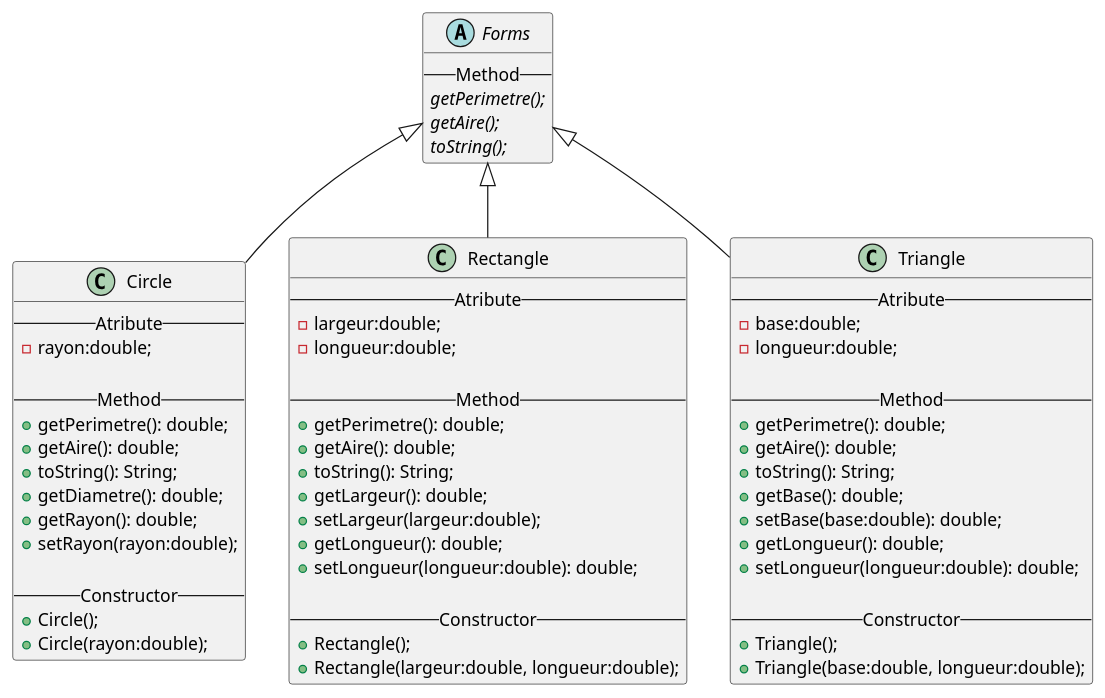
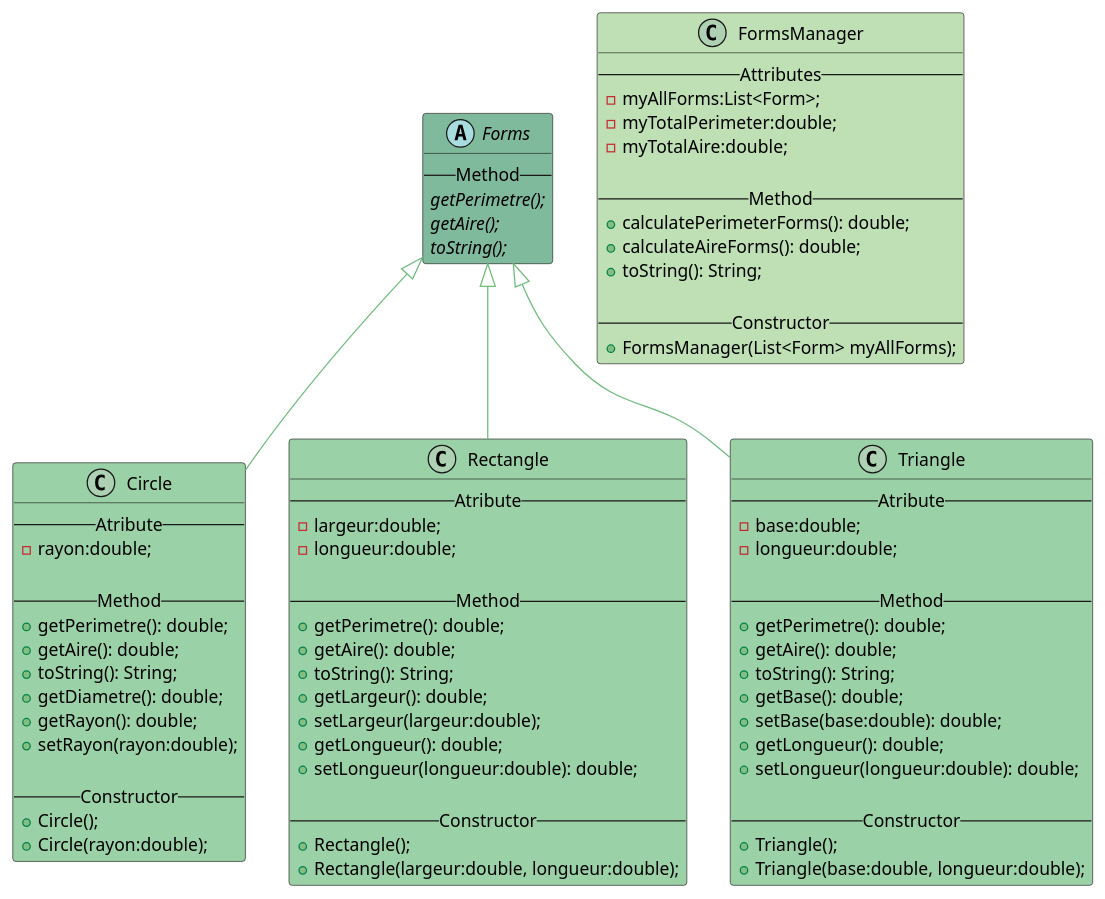
The diagram in filrouge_402-BACK/umlFilRouge.puml (BSamet/fil_rouge_4.0.2), drawn with PlantUML before and after one commit. The commit also changed 11 other files, not shown here.

First line of the commit message:
Samet  : formsManager created n UML uptaded

```diff
--- a/filrouge_402-BACK/umlFilRouge.puml
+++ b/filrouge_402-BACK/umlFilRouge.puml
@@ -1,69 +1,84 @@
 @startuml
 
-abstract class Forms {
-  --Method--
-  {abstract} getPerimetre();
-  {abstract} getAire();
-  {abstract} toString();
+abstract class Forms #80BA9D {
+    --Method--
+    {abstract} getPerimetre();
+    {abstract} getAire();
+    {abstract} toString();
 }
 
-class Circle {
-  --Atribute--
-  -rayon:double;
+class Circle #9BD1A7 {
+    --Atribute--
+    -rayon:double;
 
-  --Method--
-  +getPerimetre(): double;
-  +getAire(): double;
-  +toString(): String;
-  +getDiametre(): double;
-  +getRayon(): double;
-  +setRayon(rayon:double);
+    --Method--
+    +getPerimetre(): double;
+    +getAire(): double;
+    +toString(): String;
+    +getDiametre(): double;
+    +getRayon(): double;
+    +setRayon(rayon:double);
 
-  --Constructor--
-  +Circle();
-  +Circle(rayon:double);
+    --Constructor--
+    +Circle();
+    +Circle(rayon:double);
 }
 
-class Rectangle {
-  --Atribute--
-  -largeur:double;
-  -longueur:double;
+class Rectangle #9BD1A7 {
+    --Atribute--
+    -largeur:double;
+    -longueur:double;
 
-  --Method--
-  +getPerimetre(): double;
-  +getAire(): double;
-  +toString(): String;
-  +getLargeur(): double;
-  +setLargeur(largeur:double);
-  +getLongueur(): double;
-  +setLongueur(longueur:double): double;
+    --Method--
+    +getPerimetre(): double;
+    +getAire(): double;
+    +toString(): String;
+    +getLargeur(): double;
+    +setLargeur(largeur:double);
+    +getLongueur(): double;
+    +setLongueur(longueur:double): double;
 
-  --Constructor--
-  +Rectangle();
-  +Rectangle(largeur:double, longueur:double);
+    --Constructor--
+    +Rectangle();
+    +Rectangle(largeur:double, longueur:double);
 }
 
-class Triangle {
-  --Atribute--
-  -base:double;
-  -longueur:double;
+class Triangle #9BD1A7 {
+    --Atribute--
+    -base:double;
+    -longueur:double;
 
-  --Method--
-  +getPerimetre(): double;
-  +getAire(): double;
-  +toString(): String;
-  +getBase(): double;
-  +setBase(base:double): double;
-  +getLongueur(): double;
-  +setLongueur(longueur:double): double;
+    --Method--
+    +getPerimetre(): double;
+    +getAire(): double;
+    +toString(): String;
+    +getBase(): double;
+    +setBase(base:double): double;
+    +getLongueur(): double;
+    +setLongueur(longueur:double): double;
 
-  --Constructor--
-  +Triangle();
-  +Triangle(base:double, longueur:double);
+    --Constructor--
+    +Triangle();
+    +Triangle(base:double, longueur:double);
 }
 
-Forms <|-- Circle
-Forms <|-- Rectangle
-Forms <|-- Triangle
+class FormsManager #BEE0B4 {
+    --Attributes--
+    -myAllForms:List<Form>;
+    -myTotalPerimeter:double;
+    -myTotalAire:double;
+
+    --Method--
+    +calculatePerimeterForms(): double;
+    +calculateAireForms(): double;
+    +toString(): String;
+
+    --Constructor--
+    +FormsManager(List<Form> myAllForms);
+}
+
+Forms <|-- Circle #6CBB7A
+Forms <|-- Rectangle #6CBB7A
+Forms <|-- Triangle #6CBB7A
 
 @enduml
```
